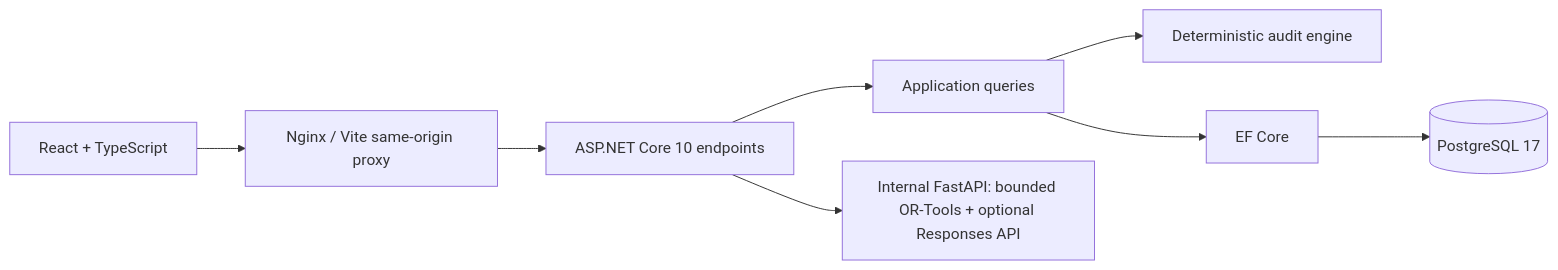
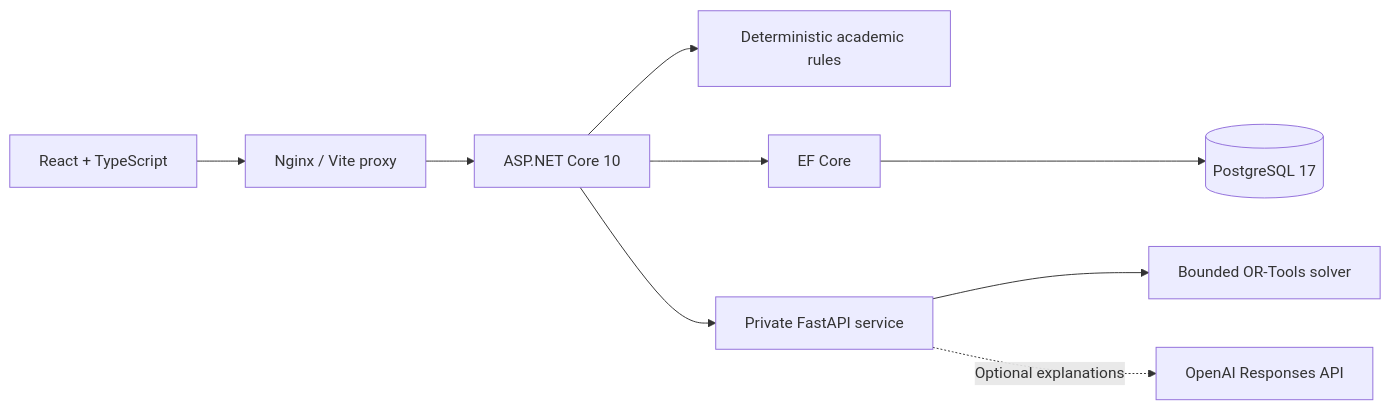
The diagram in README.md (SShiwako15/DegreePilot-AI), drawn with Mermaid before and after one commit. The commit also changed other lines of this file and 59 other files, not shown here.

````diff
--- a/README.md
+++ b/README.md
@@ -41,10 +39,11 @@
 ```mermaid
 flowchart LR
-  Browser[React + TypeScript] --> Web[Nginx / Vite same-origin proxy]
-  Web --> API[ASP.NET Core 10 endpoints]
-  API --> App[Application queries]
-  App --> Domain[Deterministic audit engine]
-  App --> EF[EF Core]
+  Browser[React + TypeScript] --> Web[Nginx / Vite proxy]
+  Web --> API[ASP.NET Core 10]
+  API --> Domain[Deterministic academic rules]
+  API --> EF[EF Core]
   EF --> PG[(PostgreSQL 17)]
-  API --> Planner[Internal FastAPI: bounded OR-Tools + optional Responses API]
+  API --> Planner[Private FastAPI service]
+  Planner --> Solver[Bounded OR-Tools solver]
+  Planner -. Optional explanations .-> OpenAI[OpenAI Responses API]
 ```
````
